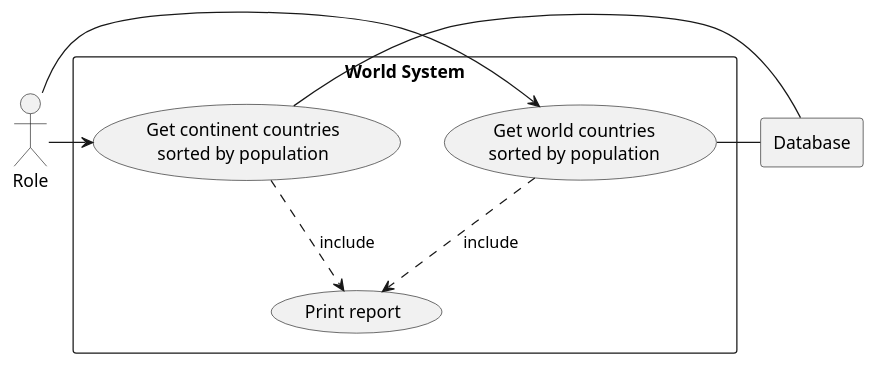
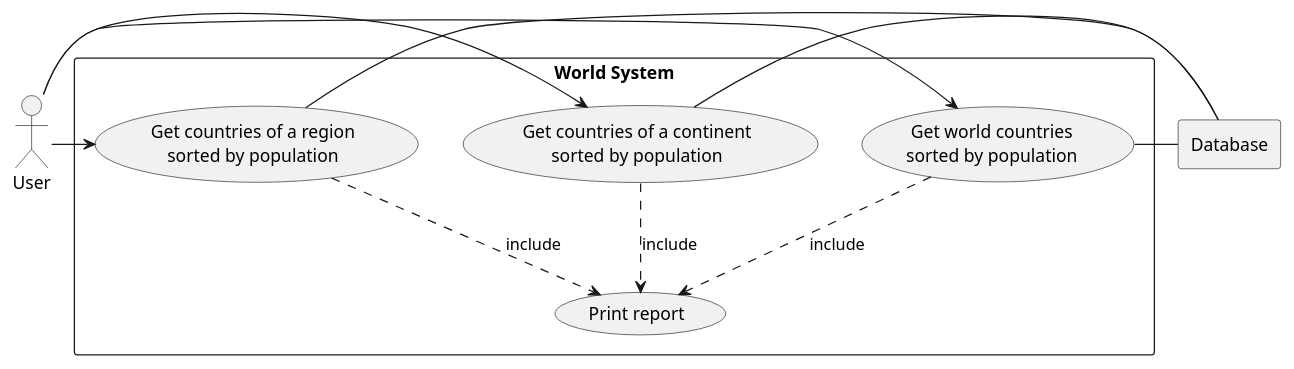
One commit to MelissaAstbury/SEMPopulationInformation changed the diagram in use-cases/World-System.puml. Above: the diagram before and after it, drawn with PlantUML. The commit also changed 1 other file, not shown here.

Commit message:
Updated list of use-cases in use-cases-defined.md file and updated the World-system.puml diagram

```diff
--- a/use-cases/World-System.puml
+++ b/use-cases/World-System.puml
@@ -1,24 +1,27 @@
 @startuml
 
-actor Role as "Role"
-top to bottom direction
+actor User as "User"
 rectangle Database
-
 
 rectangle "World System" {
     usecase UC1 as "Get world countries
     sorted by population"
-    usecase UC2 as "Get continent countries
+    usecase UC2 as "Get countries of a continent
+    sorted by population"
+    usecase UC3 as "Get countries of a region
     sorted by population"
 
     usecase UC1a as "Print report"
 
-    Role -> UC1
-    Role -> UC2
+    User -> UC1
+    User -> UC2
+    User -> UC3
     UC1 ..> UC1a : include
     UC2 ..> UC1a : include
+    UC3 ..> UC1a : include
     UC1 - Database
     UC2 - Database
+    UC3 - Database
 }
 
 @enduml
```
